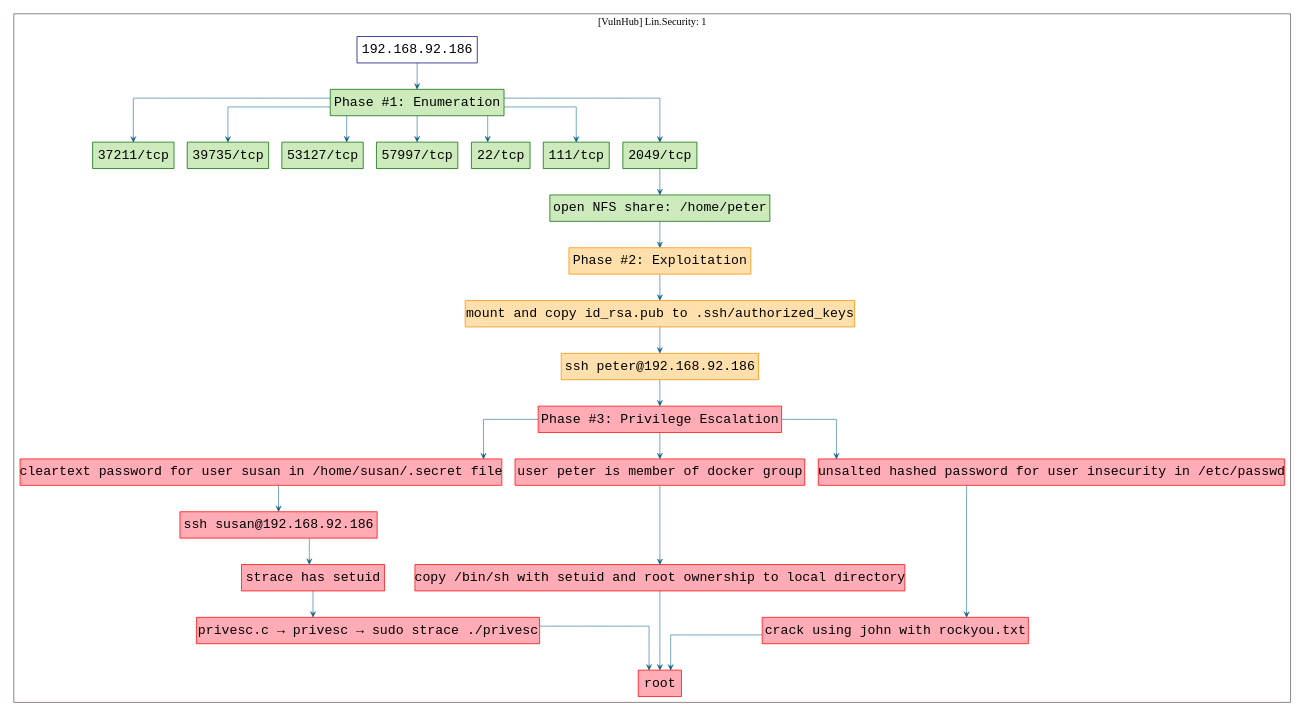
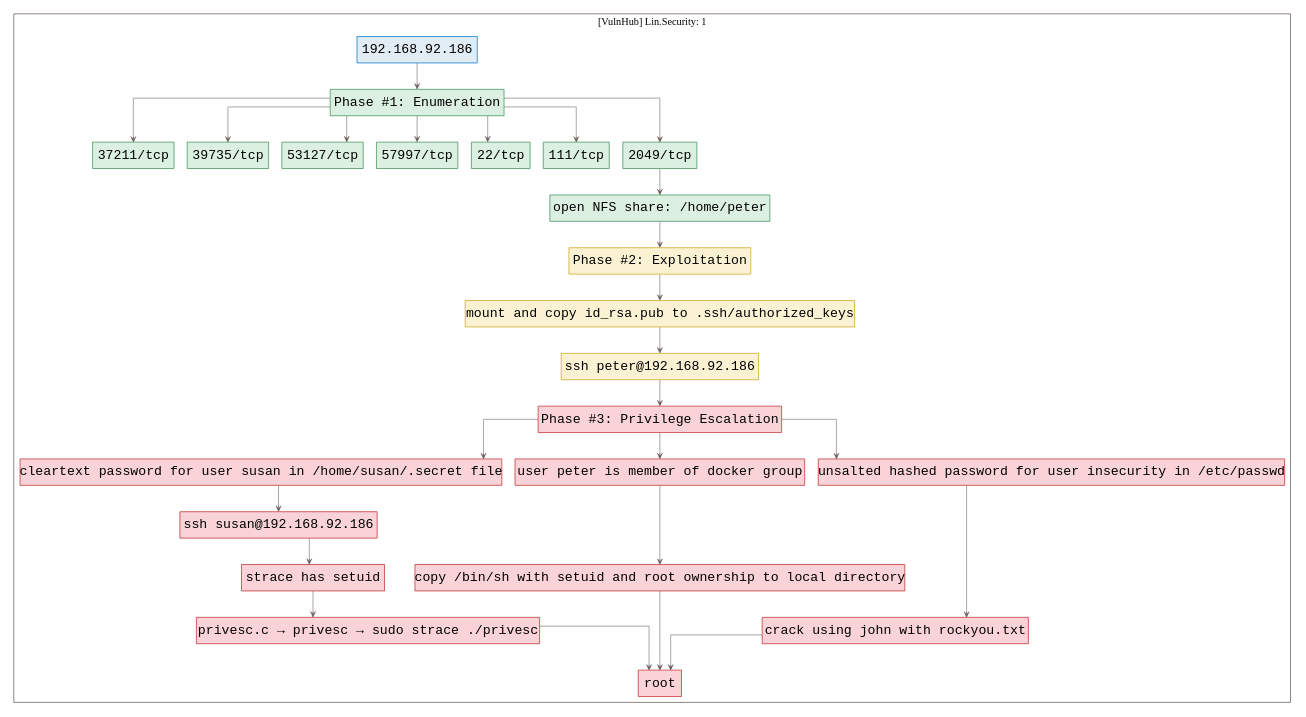
Before and after one commit to 7h3rAm/writeups: the diagram in vulnhub.linsecurity1/killchain.dot, drawn with Graphviz. The commit also changed 110 other files, not shown here.

```diff
--- a/vulnhub.linsecurity1/killchain.dot
+++ b/vulnhub.linsecurity1/killchain.dot
@@ -1,60 +1,60 @@
 digraph G {
   #rankdir=LR;
   nodesdictep=1.0; splines="ortho"; K=0.6; overlap=scale; fixedsize=true; resolution=72; bgcolor="#ffffff"; outputorder="edgesfirst";
   node [fontname="courier" fontsize=18 shape=box width=0.25 fillcolor="white" style="filled,solid"];
-  edge [style=solid color="#005f87" penwidth=0.75 arrowhead=vee arrowsize=0.75 ];
+  edge [style=solid color="#665957" penwidth=0.75 arrowhead=vee arrowsize=0.75 ];
 
-  0[label="192.168.92.186" color="navyblue" fillcolor="#ffffff" tooltip="[VulnHub] Lin.Security: 1"];
-  10[label="cleartext password for user susan in /home/susan/.secret file" color="red" fillcolor="#ffacb7" tooltip="Phase #3:Privilege Escalation"];
-  11[label="ssh susan@192.168.92.186" color="red" fillcolor="#ffacb7" tooltip="Phase #3:Privilege Escalation"];
-  12[label="strace has setuid" color="red" fillcolor="#ffacb7" tooltip="Phase #3:Privilege Escalation"];
-  13[label="privesc.c → privesc → sudo strace ./privesc" color="red" fillcolor="#ffacb7" tooltip="Phase #3:Privilege Escalation"];
-  14[label="root" color="red" fillcolor="#ffacb7" tooltip="Phase #3:Privilege Escalation"];
-  15[label="user peter is member of docker group" color="red" fillcolor="#ffacb7" tooltip="Phase #3:Privilege Escalation"];
-  16[label="copy /bin/sh with setuid and root ownership to local directory" color="red" fillcolor="#ffacb7" tooltip="Phase #3:Privilege Escalation"];
-  17[label="unsalted hashed password for user insecurity in /etc/passwd" color="red" fillcolor="#ffacb7" tooltip="Phase #3:Privilege Escalation"];
-  18[label="crack using john with rockyou.txt" color="red" fillcolor="#ffacb7" tooltip="Phase #3:Privilege Escalation"];
-  19[label="37211/tcp" color="darkgreen" fillcolor="#cceabb" tooltip="Phase #1:Enumeration"];
-  1[label="Phase #1: Enumeration" color="darkgreen" fillcolor="#cceabb" tooltip="Phase #1:Enumeration"];
-  20[label="39735/tcp" color="darkgreen" fillcolor="#cceabb" tooltip="Phase #1:Enumeration"];
-  21[label="53127/tcp" color="darkgreen" fillcolor="#cceabb" tooltip="Phase #1:Enumeration"];
-  22[label="57997/tcp" color="darkgreen" fillcolor="#cceabb" tooltip="Phase #1:Enumeration"];
-  2[label="22/tcp" color="darkgreen" fillcolor="#cceabb" tooltip="Phase #1:Enumeration"];
-  3[label="111/tcp" color="darkgreen" fillcolor="#cceabb" tooltip="Phase #1:Enumeration"];
-  4[label="2049/tcp" color="darkgreen" fillcolor="#cceabb" tooltip="Phase #1:Enumeration"];
-  5[label="open NFS share: /home/peter" color="darkgreen" fillcolor="#cceabb" tooltip="Phase #1:Enumeration"];
-  6[label="Phase #2: Exploitation" color="darkorange" fillcolor="#ffe0ac" tooltip="Phase #2:Exploitation"];
-  7[label="mount and copy id_rsa.pub to .ssh/authorized_keys" color="darkorange" fillcolor="#ffe0ac" tooltip="Phase #2:Exploitation"];
-  8[label="ssh peter@192.168.92.186" color="darkorange" fillcolor="#ffe0ac" tooltip="Phase #2:Exploitation"];
-  9[label="Phase #3: Privilege Escalation" color="red" fillcolor="#ffacb7" tooltip="Phase #3:Privilege Escalation"];
+  0[label="192.168.92.186" color="#0077cc" fillcolor="#e1ecf4" tooltip="[VulnHub] Lin.Security: 1"];
+  10[label="cleartext password for user susan in /home/susan/.secret file" color="#c02d2e" fillcolor="#f9d3d7" tooltip="Phase #3:Privilege Escalation"];
+  11[label="ssh susan@192.168.92.186" color="#c02d2e" fillcolor="#f9d3d7" tooltip="Phase #3:Privilege Escalation"];
+  12[label="strace has setuid" color="#c02d2e" fillcolor="#f9d3d7" tooltip="Phase #3:Privilege Escalation"];
+  13[label="privesc.c → privesc → sudo strace ./privesc" color="#c02d2e" fillcolor="#f9d3d7" tooltip="Phase #3:Privilege Escalation"];
+  14[label="root" color="#c02d2e" fillcolor="#f9d3d7" tooltip="Phase #3:Privilege Escalation"];
+  15[label="user peter is member of docker group" color="#c02d2e" fillcolor="#f9d3d7" tooltip="Phase #3:Privilege Escalation"];
+  16[label="copy /bin/sh with setuid and root ownership to local directory" color="#c02d2e" fillcolor="#f9d3d7" tooltip="Phase #3:Privilege Escalation"];
+  17[label="unsalted hashed password for user insecurity in /etc/passwd" color="#c02d2e" fillcolor="#f9d3d7" tooltip="Phase #3:Privilege Escalation"];
+  18[label="crack using john with rockyou.txt" color="#c02d2e" fillcolor="#f9d3d7" tooltip="Phase #3:Privilege Escalation"];
+  19[label="37211/tcp" color="#3d8f58" fillcolor="#dcf0e2" tooltip="Phase #1:Enumeration"];
+  1[label="Phase #1: Enumeration" color="#3d8f58" fillcolor="#dcf0e2" tooltip="Phase #1:Enumeration"];
+  20[label="39735/tcp" color="#3d8f58" fillcolor="#dcf0e2" tooltip="Phase #1:Enumeration"];
+  21[label="53127/tcp" color="#3d8f58" fillcolor="#dcf0e2" tooltip="Phase #1:Enumeration"];
+  22[label="57997/tcp" color="#3d8f58" fillcolor="#dcf0e2" tooltip="Phase #1:Enumeration"];
+  2[label="22/tcp" color="#3d8f58" fillcolor="#dcf0e2" tooltip="Phase #1:Enumeration"];
+  3[label="111/tcp" color="#3d8f58" fillcolor="#dcf0e2" tooltip="Phase #1:Enumeration"];
+  4[label="2049/tcp" color="#3d8f58" fillcolor="#dcf0e2" tooltip="Phase #1:Enumeration"];
+  5[label="open NFS share: /home/peter" color="#3d8f58" fillcolor="#dcf0e2" tooltip="Phase #1:Enumeration"];
+  6[label="Phase #2: Exploitation" color="#cea51b" fillcolor="#fbf2d4" tooltip="Phase #2:Exploitation"];
+  7[label="mount and copy id_rsa.pub to .ssh/authorized_keys" color="#cea51b" fillcolor="#fbf2d4" tooltip="Phase #2:Exploitation"];
+  8[label="ssh peter@192.168.92.186" color="#cea51b" fillcolor="#fbf2d4" tooltip="Phase #2:Exploitation"];
+  9[label="Phase #3: Privilege Escalation" color="#c02d2e" fillcolor="#f9d3d7" tooltip="Phase #3:Privilege Escalation"];
 
   subgraph cluster_0 {
     node [style="filled,solid"];
     label = "[VulnHub] Lin.Security: 1";
     color = "#665957";
-    0 -> 1 [color="#005f87"];
-    1 -> 19 [color="#005f87"];
-    1 -> 2 [color="#005f87"];
-    1 -> 20 [color="#005f87"];
-    1 -> 21 [color="#005f87"];
-    1 -> 22 [color="#005f87"];
-    1 -> 3 [color="#005f87"];
-    1 -> 4 [color="#005f87"];
-    10 -> 11 [color="#005f87"];
-    11 -> 12 [color="#005f87"];
-    12 -> 13 [color="#005f87"];
-    13 -> 14 [color="#005f87"];
-    15 -> 16 [color="#005f87"];
-    16 -> 14 [color="#005f87"];
-    17 -> 18 [color="#005f87"];
-    18 -> 14 [color="#005f87"];
-    4 -> 5 [color="#005f87"];
-    5 -> 6 [color="#005f87"];
-    6 -> 7 [color="#005f87"];
-    7 -> 8 [color="#005f87"];
-    8 -> 9 [color="#005f87"];
-    9 -> 10 [color="#005f87"];
-    9 -> 15 [color="#005f87"];
-    9 -> 17 [color="#005f87"];
+    0 -> 1 [color="#665957"];
+    1 -> 19 [color="#665957"];
+    1 -> 2 [color="#665957"];
+    1 -> 20 [color="#665957"];
+    1 -> 21 [color="#665957"];
+    1 -> 22 [color="#665957"];
+    1 -> 3 [color="#665957"];
+    1 -> 4 [color="#665957"];
+    10 -> 11 [color="#665957"];
+    11 -> 12 [color="#665957"];
+    12 -> 13 [color="#665957"];
+    13 -> 14 [color="#665957"];
+    15 -> 16 [color="#665957"];
+    16 -> 14 [color="#665957"];
+    17 -> 18 [color="#665957"];
+    18 -> 14 [color="#665957"];
+    4 -> 5 [color="#665957"];
+    5 -> 6 [color="#665957"];
+    6 -> 7 [color="#665957"];
+    7 -> 8 [color="#665957"];
+    8 -> 9 [color="#665957"];
+    9 -> 10 [color="#665957"];
+    9 -> 15 [color="#665957"];
+    9 -> 17 [color="#665957"];
   }
 }
```
